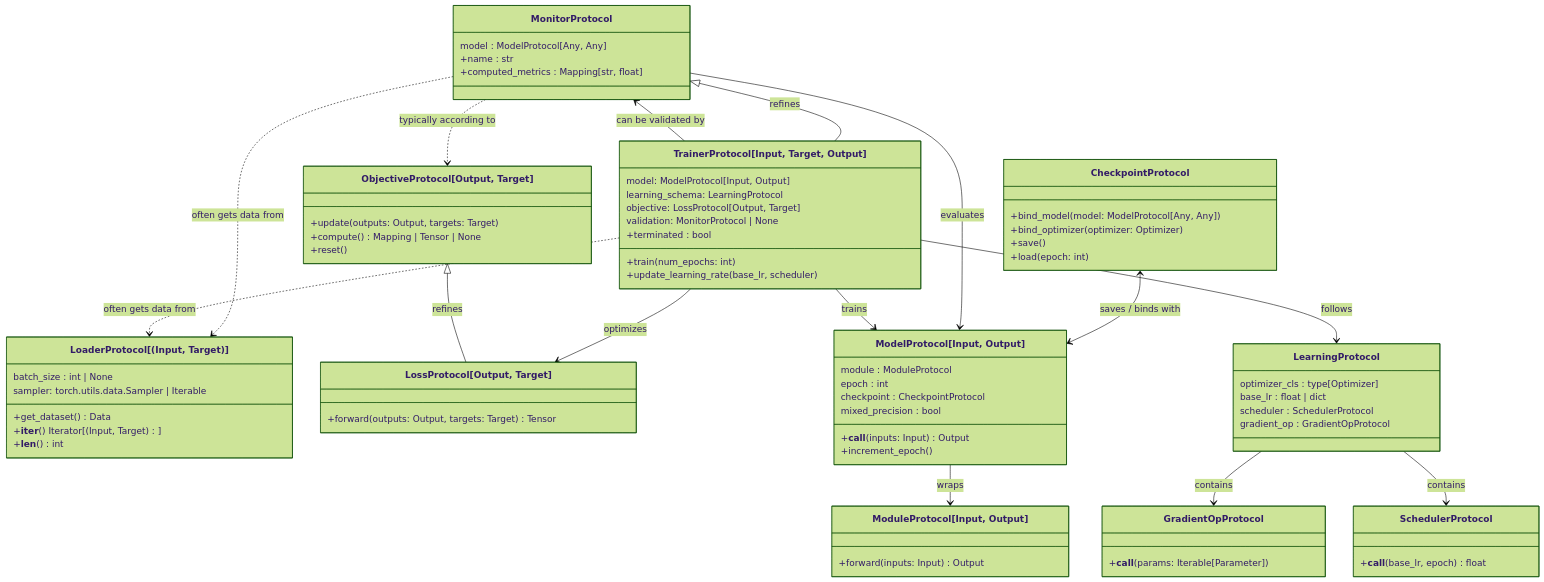
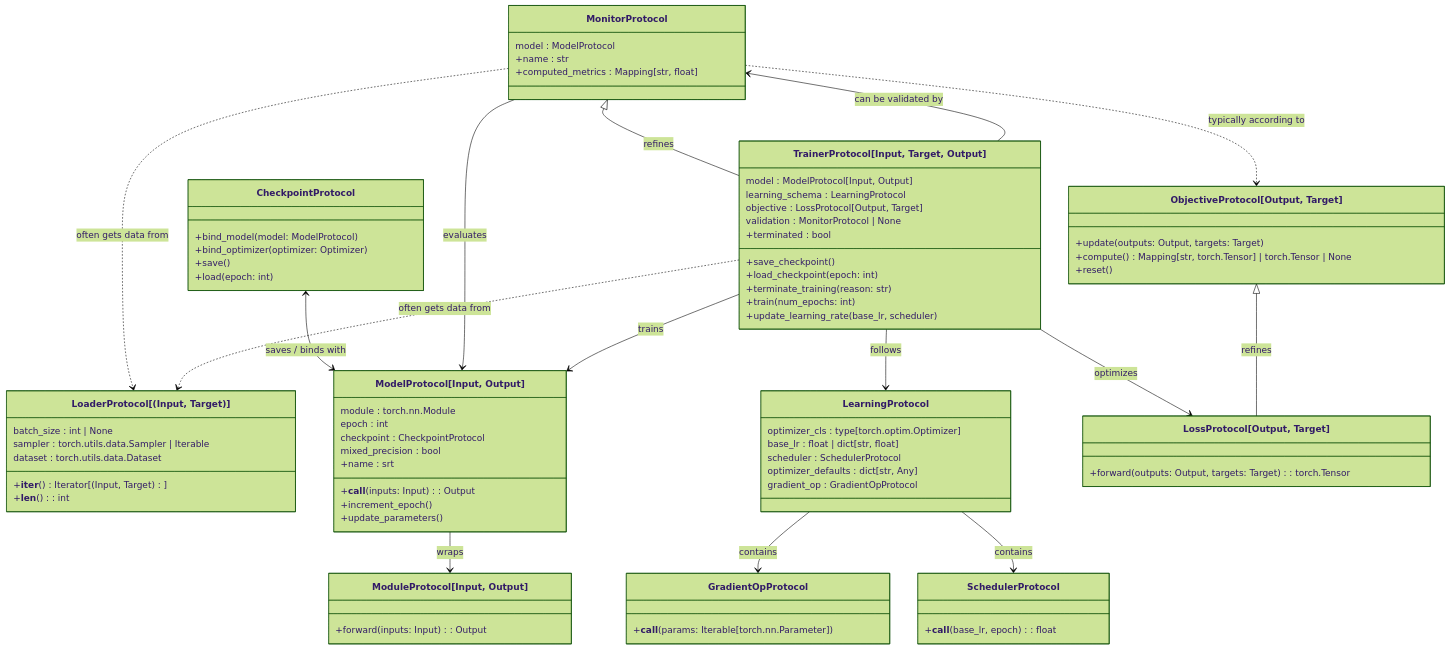
Before and after one commit to nverchev/drytorch: the diagram in docs/architecture.md, drawn with Mermaid (forest theme). The commit also changed 1 other file, not shown here.

Commit message:
chore: reorganized protocols order docs: updated and expanded UML schema

```diff
--- a/docs/architecture.md
+++ b/docs/architecture.md
@@ -27,69 +27,75 @@
 direction TB
     class LoaderProtocol["LoaderProtocol[(Input, Target)]"] {
 	    batch_size : int | None
-        sampler: torch.utils.data.Sampler | Iterable
-	    +get_dataset() Data
-	    +__iter__() Iterator[(Input, Target) ]
-	    +__len__() int
-    }
-
-    class SchedulerProtocol {
-	    +__call__(base_lr, epoch) float
-    }
-
-    class GradientOpProtocol {
-	    +__call__(params: Iterable[Parameter])
+        sampler : torch.utils.data.Sampler | Iterable
+        dataset : torch.utils.data.Dataset
+	    +__iter__() : Iterator[(Input, Target)]
+	    +__len__() : int
     }
 
     class ModuleProtocol["ModuleProtocol[Input, Output]"] {
-	    +forward(inputs: Input) Output
+	    +forward(inputs: Input) : Output
     }
 
-    class ObjectiveProtocol["ObjectiveProtocol[Output, Target]"] {
-	    +update(outputs: Output, targets: Target)
-	    +compute() Mapping | Tensor | None
-	    +reset()
-    }
-
-    class LossProtocol["LossProtocol[Output, Target]"] {
-	    +forward(outputs: Output, targets: Target) Tensor
-    }
-
-    class LearningProtocol {
-	    optimizer_cls : type[Optimizer]
-	    base_lr : float | dict
-	    scheduler : SchedulerProtocol
-	    gradient_op : GradientOpProtocol
+    class ModelProtocol["ModelProtocol[Input, Output]"] {
+	    module : torch.nn.Module
+	    epoch : int
+	    checkpoint : CheckpointProtocol
+	    mixed_precision : bool
+	    +name : srt
+	    +__call__(inputs: Input) : Output
+	    +increment_epoch()
+	    +update_parameters()
     }
 
     class CheckpointProtocol {
-	    +bind_model(model: ModelProtocol[Any, Any])
+	    +bind_model(model: ModelProtocol)
 	    +bind_optimizer(optimizer: Optimizer)
 	    +save()
 	    +load(epoch: int)
     }
 
-    class ModelProtocol["ModelProtocol[Input, Output]"] {
-	    module : ModuleProtocol
-	    epoch : int
-	    checkpoint : CheckpointProtocol
-	    mixed_precision : bool
-	    +__call__(inputs: Input) Output
-	    +increment_epoch()
+    class SchedulerProtocol {
+	    +__call__(base_lr, epoch) : float
+    }
+
+    class GradientOpProtocol {
+	    +__call__(params: Iterable[torch.nn.Parameter])
+    }
+
+    class LearningProtocol {
+	    optimizer_cls : type[torch.optim.Optimizer]
+	    base_lr : float | dict[str, float]
+	    scheduler : SchedulerProtocol
+	    optimizer_defaults : dict[str, Any]
+	    gradient_op : GradientOpProtocol
+    }
+
+    class ObjectiveProtocol["ObjectiveProtocol[Output, Target]"] {
+	    +update(outputs: Output, targets: Target)
+	    +compute() Mapping[str, torch.Tensor] | torch.Tensor | None
+	    +reset()
+    }
+
+    class LossProtocol["LossProtocol[Output, Target]"] {
+	    +forward(outputs: Output, targets: Target) : torch.Tensor
     }
 
     class MonitorProtocol {
-	    model : ModelProtocol[Any, Any]
+	    model : ModelProtocol
 	    +name : str
 	    +computed_metrics : Mapping[str, float]
     }
 
     class TrainerProtocol["TrainerProtocol[Input, Target, Output]"] {
-	    model: ModelProtocol[Input, Output]
-	    learning_schema: LearningProtocol
-	    objective: LossProtocol[Output, Target]
-	    validation: MonitorProtocol | None
+	    model : ModelProtocol[Input, Output]
+	    learning_schema : LearningProtocol
+	    objective : LossProtocol[Output, Target]
+	    validation : MonitorProtocol | None
+	    +save_checkpoint()
+	    +load_checkpoint(epoch: int)
 	    +terminated : bool
+	    +terminate_training(reason: str)
 	    +train(num_epochs: int)
 	    +update_learning_rate(base_lr, scheduler)
     }
```
